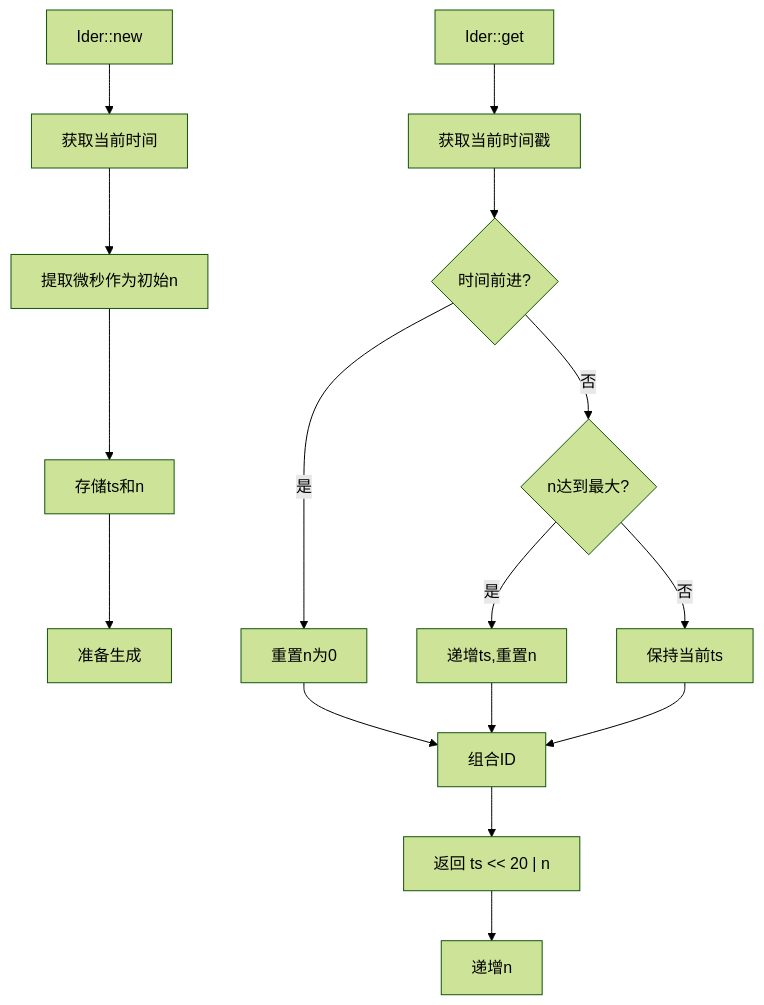
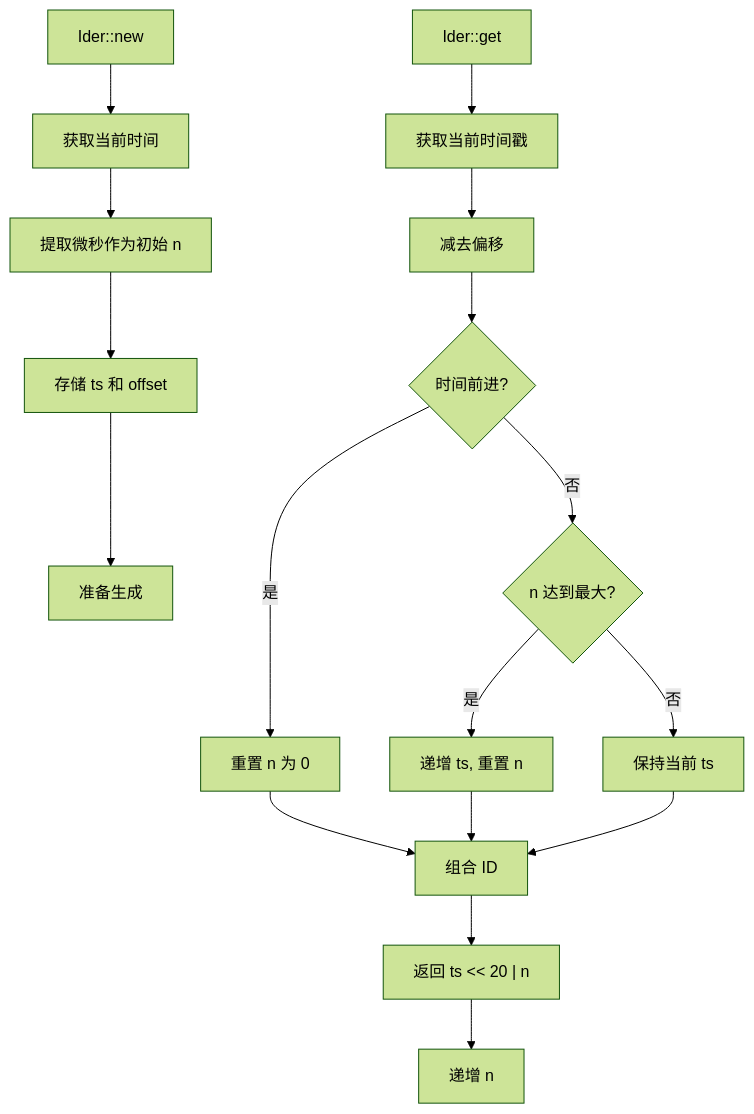
The diagram in ider/readme/zh.md (js0-site/rust), drawn with Mermaid (forest theme) before and after one commit. The commit also changed other lines of this file and 4 other files, not shown here.

````diff
--- a/ider/readme/zh.md
+++ b/ider/readme/zh.md
@@ -104,19 +168,20 @@
 ```mermaid
 graph TD
     A[Ider::new] --> B[获取当前时间]
-    B --> C[提取微秒作为初始n]
-    C --> D[存储ts和n]
+    B --> C[提取微秒作为初始 n]
+    C --> D[存储 ts 和 offset]
     D --> E[准备生成]
     
     F[Ider::get] --> G[获取当前时间戳]
-    G --> H{时间前进?}
-    H -->|是| I[重置n为0]
-    H -->|否| J{n达到最大?}
-    J -->|是| K[递增ts,重置n]
-    J -->|否| L[保持当前ts]
-    I --> M[组合ID]
-    K --> M
-    L --> M
-    M --> N["返回 ts << 20 | n"]
-    N --> O[递增n]
+    G --> H[减去偏移]
+    H --> I{时间前进?}
+    I -->|是| J[重置 n 为 0]
+    I -->|否| K{n 达到最大?}
+    K -->|是| L[递增 ts, 重置 n]
+    K -->|否| M[保持当前 ts]
+    J --> N[组合 ID]
+    L --> N
+    M --> N
+    N --> O["返回 ts << 20 | n"]
+    O --> P[递增 n]
 ```
````
